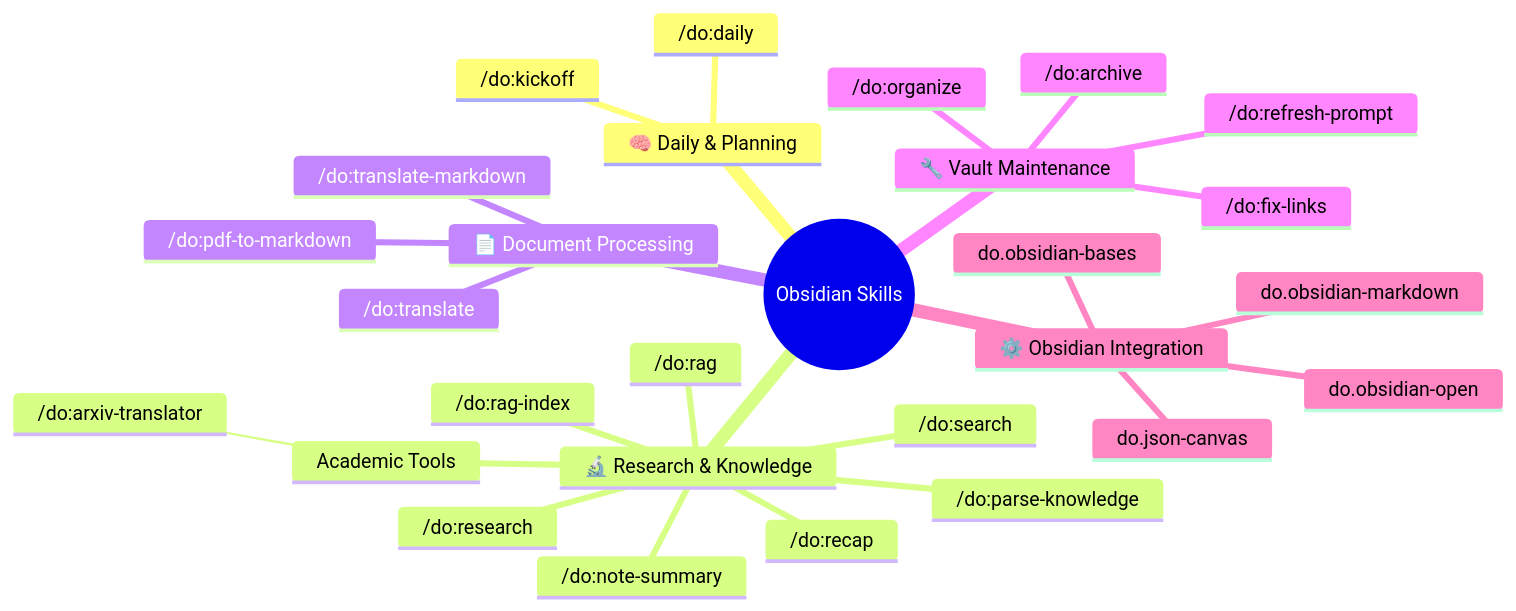
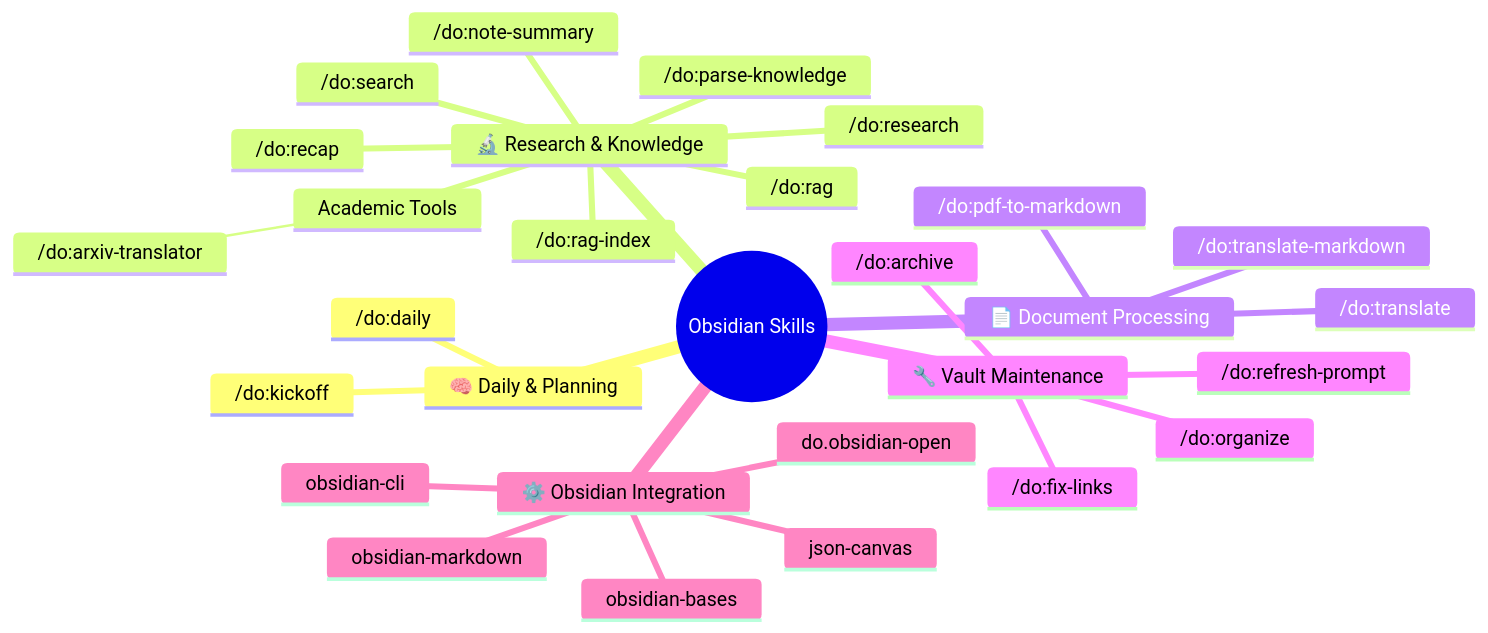
Before and after one commit to dull-bird/DeepOrbit: the fourth of 8 diagrams in README.md, drawn with Mermaid. The commit also changed 5 other files, not shown here.

````diff
--- a/README.md
+++ b/README.md
@@ -145,31 +145,32 @@
 ```mermaid
 mindmap
   root((Obsidian Skills))
     🧠 Daily & Planning
       /do:daily
       /do:kickoff
     🔬 Research & Knowledge
       /do:research
       /do:parse-knowledge
       /do:note-summary
       /do:recap
       /do:rag
       /do:rag-index
       /do:search
      Academic Tools
       /do:arxiv-translator
     📄 Document Processing
       /do:pdf-to-markdown
       /do:translate-markdown
       /do:translate
     🔧 Vault Maintenance
       /do:fix-links
       /do:archive
       /do:organize
       /do:refresh-prompt
     ⚙️ Obsidian Integration
-      do.obsidian-markdown
-      do.obsidian-bases
-      do.json-canvas
+      obsidian-markdown
+      obsidian-bases
+      json-canvas
+      obsidian-cli
       do.obsidian-open
 ```
````
